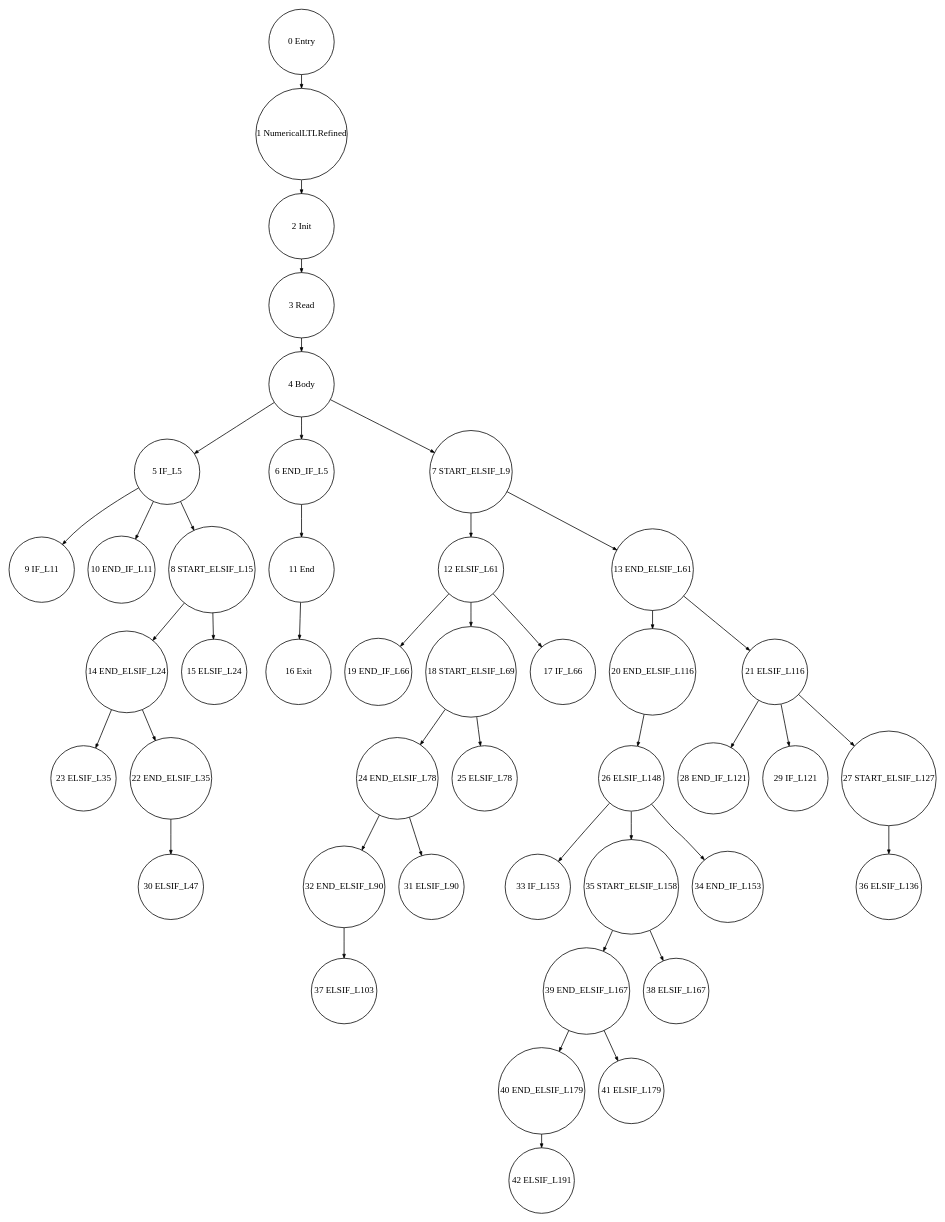
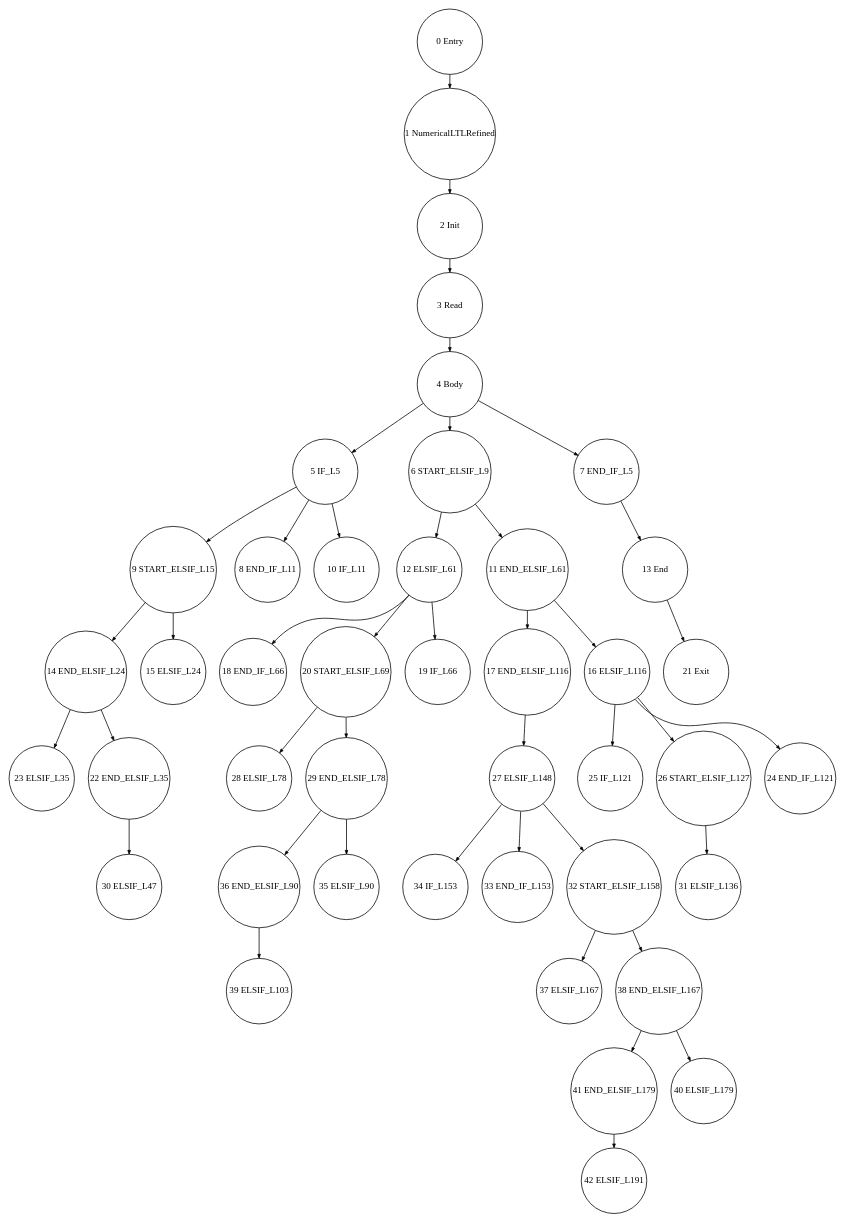
One commit to Geoffrey1014/ST_DSE changed the diagram in tests_programs/paper2_tests/03_NumericalLTLRefined_output/Graph_03_NumericalLTLRefined_DomTree_0.dot. Above: the diagram before and after it, drawn with Graphviz. The commit also changed 46 other files, not shown here.

```diff
--- a/tests_programs/paper2_tests/03_NumericalLTLRefined_output/Graph_03_NumericalLTLRefined_DomTree_0.dot
+++ b/tests_programs/paper2_tests/03_NumericalLTLRefined_output/Graph_03_NumericalLTLRefined_DomTree_0.dot
@@ -1,49 +1,49 @@
 digraph G {
   ranksep=.25;
   edge [arrowsize=.5]
   node [shape=circle, fontname="ArialNarrow",
         fontsize=12,  height=1.2];
-  "23 ELSIF_L35"; "28 END_IF_L121"; "1 NumericalLTLRefined"; "16 Exit"; "36 ELSIF_L136"; "33 IF_L153"; "14 END_ELSIF_L24"; "35 START_ELSIF_L158"; "42 ELSIF_L191"; "30 ELSIF_L47"; "37 ELSIF_L103"; "5 IF_L5"; "20 END_ELSIF_L116"; "19 END_IF_L66"; "12 ELSIF_L61"; "9 IF_L11"; "32 END_ELSIF_L90"; "10 END_IF_L11"; "34 END_IF_L153"; "40 END_ELSIF_L179"; "29 IF_L121"; "0 Entry"; "11 End"; "21 ELSIF_L116"; "2 Init"; "26 ELSIF_L148"; "31 ELSIF_L90"; "41 ELSIF_L179"; "39 END_ELSIF_L167"; "15 ELSIF_L24"; "4 Body"; "27 START_ELSIF_L127"; "3 Read"; "38 ELSIF_L167"; "24 END_ELSIF_L78"; "25 ELSIF_L78"; "18 START_ELSIF_L69"; "13 END_ELSIF_L61"; "8 START_ELSIF_L15"; "17 IF_L66"; "6 END_IF_L5"; "7 START_ELSIF_L9"; "22 END_ELSIF_L35"; 
-  "27 START_ELSIF_L127" -> "36 ELSIF_L136";
+  "23 ELSIF_L35"; "17 END_ELSIF_L116"; "9 START_ELSIF_L15"; "1 NumericalLTLRefined"; "16 ELSIF_L116"; "18 END_IF_L66"; "34 IF_L153"; "21 Exit"; "8 END_IF_L11"; "13 End"; "14 END_ELSIF_L24"; "36 END_ELSIF_L90"; "42 ELSIF_L191"; "37 ELSIF_L167"; "25 IF_L121"; "30 ELSIF_L47"; "5 IF_L5"; "6 START_ELSIF_L9"; "28 ELSIF_L78"; "12 ELSIF_L61"; "27 ELSIF_L148"; "41 END_ELSIF_L179"; "7 END_IF_L5"; "40 ELSIF_L179"; "33 END_IF_L153"; "10 IF_L11"; "38 END_ELSIF_L167"; "26 START_ELSIF_L127"; "32 START_ELSIF_L158"; "0 Entry"; "2 Init"; "31 ELSIF_L136"; "20 START_ELSIF_L69"; "39 ELSIF_L103"; "15 ELSIF_L24"; "4 Body"; "29 END_ELSIF_L78"; "3 Read"; "11 END_ELSIF_L61"; "24 END_IF_L121"; "35 ELSIF_L90"; "19 IF_L66"; "22 END_ELSIF_L35"; 
+  "26 START_ELSIF_L127" -> "31 ELSIF_L136";
   "14 END_ELSIF_L24" -> "22 END_ELSIF_L35";
   "14 END_ELSIF_L24" -> "23 ELSIF_L35";
   "3 Read" -> "4 Body";
   "0 Entry" -> "1 NumericalLTLRefined";
   "2 Init" -> "3 Read";
-  "18 START_ELSIF_L69" -> "24 END_ELSIF_L78";
-  "18 START_ELSIF_L69" -> "25 ELSIF_L78";
+  "20 START_ELSIF_L69" -> "28 ELSIF_L78";
+  "20 START_ELSIF_L69" -> "29 END_ELSIF_L78";
   "1 NumericalLTLRefined" -> "2 Init";
-  "13 END_ELSIF_L61" -> "20 END_ELSIF_L116";
-  "13 END_ELSIF_L61" -> "21 ELSIF_L116";
-  "39 END_ELSIF_L167" -> "40 END_ELSIF_L179";
-  "39 END_ELSIF_L167" -> "41 ELSIF_L179";
+  "38 END_ELSIF_L167" -> "40 ELSIF_L179";
+  "38 END_ELSIF_L167" -> "41 END_ELSIF_L179";
+  "11 END_ELSIF_L61" -> "16 ELSIF_L116";
+  "11 END_ELSIF_L61" -> "17 END_ELSIF_L116";
   "4 Body" -> "5 IF_L5";
-  "4 Body" -> "6 END_IF_L5";
-  "4 Body" -> "7 START_ELSIF_L9";
-  "26 ELSIF_L148" -> "33 IF_L153";
-  "26 ELSIF_L148" -> "34 END_IF_L153";
-  "26 ELSIF_L148" -> "35 START_ELSIF_L158";
-  "24 END_ELSIF_L78" -> "31 ELSIF_L90";
-  "24 END_ELSIF_L78" -> "32 END_ELSIF_L90";
-  "35 START_ELSIF_L158" -> "38 ELSIF_L167";
-  "35 START_ELSIF_L158" -> "39 END_ELSIF_L167";
-  "5 IF_L5" -> "8 START_ELSIF_L15";
-  "5 IF_L5" -> "9 IF_L11";
-  "5 IF_L5" -> "10 END_IF_L11";
+  "4 Body" -> "6 START_ELSIF_L9";
+  "4 Body" -> "7 END_IF_L5";
+  "27 ELSIF_L148" -> "32 START_ELSIF_L158";
+  "27 ELSIF_L148" -> "33 END_IF_L153";
+  "27 ELSIF_L148" -> "34 IF_L153";
+  "29 END_ELSIF_L78" -> "35 ELSIF_L90";
+  "29 END_ELSIF_L78" -> "36 END_ELSIF_L90";
+  "32 START_ELSIF_L158" -> "37 ELSIF_L167";
+  "32 START_ELSIF_L158" -> "38 END_ELSIF_L167";
   "22 END_ELSIF_L35" -> "30 ELSIF_L47";
-  "6 END_IF_L5" -> "11 End";
-  "32 END_ELSIF_L90" -> "37 ELSIF_L103";
-  "7 START_ELSIF_L9" -> "12 ELSIF_L61";
-  "7 START_ELSIF_L9" -> "13 END_ELSIF_L61";
-  "20 END_ELSIF_L116" -> "26 ELSIF_L148";
-  "8 START_ELSIF_L15" -> "14 END_ELSIF_L24";
-  "8 START_ELSIF_L15" -> "15 ELSIF_L24";
-  "21 ELSIF_L116" -> "27 START_ELSIF_L127";
-  "21 ELSIF_L116" -> "28 END_IF_L121";
-  "21 ELSIF_L116" -> "29 IF_L121";
-  "40 END_ELSIF_L179" -> "42 ELSIF_L191";
-  "12 ELSIF_L61" -> "17 IF_L66";
-  "12 ELSIF_L61" -> "18 START_ELSIF_L69";
-  "12 ELSIF_L61" -> "19 END_IF_L66";
-  "11 End" -> "16 Exit";
+  "5 IF_L5" -> "8 END_IF_L11";
+  "5 IF_L5" -> "9 START_ELSIF_L15";
+  "5 IF_L5" -> "10 IF_L11";
+  "7 END_IF_L5" -> "13 End";
+  "6 START_ELSIF_L9" -> "11 END_ELSIF_L61";
+  "6 START_ELSIF_L9" -> "12 ELSIF_L61";
+  "17 END_ELSIF_L116" -> "27 ELSIF_L148";
+  "36 END_ELSIF_L90" -> "39 ELSIF_L103";
+  "9 START_ELSIF_L15" -> "14 END_ELSIF_L24";
+  "9 START_ELSIF_L15" -> "15 ELSIF_L24";
+  "16 ELSIF_L116" -> "24 END_IF_L121";
+  "16 ELSIF_L116" -> "25 IF_L121";
+  "16 ELSIF_L116" -> "26 START_ELSIF_L127";
+  "41 END_ELSIF_L179" -> "42 ELSIF_L191";
+  "12 ELSIF_L61" -> "18 END_IF_L66";
+  "12 ELSIF_L61" -> "19 IF_L66";
+  "12 ELSIF_L61" -> "20 START_ELSIF_L69";
+  "13 End" -> "21 Exit";
 }
```
